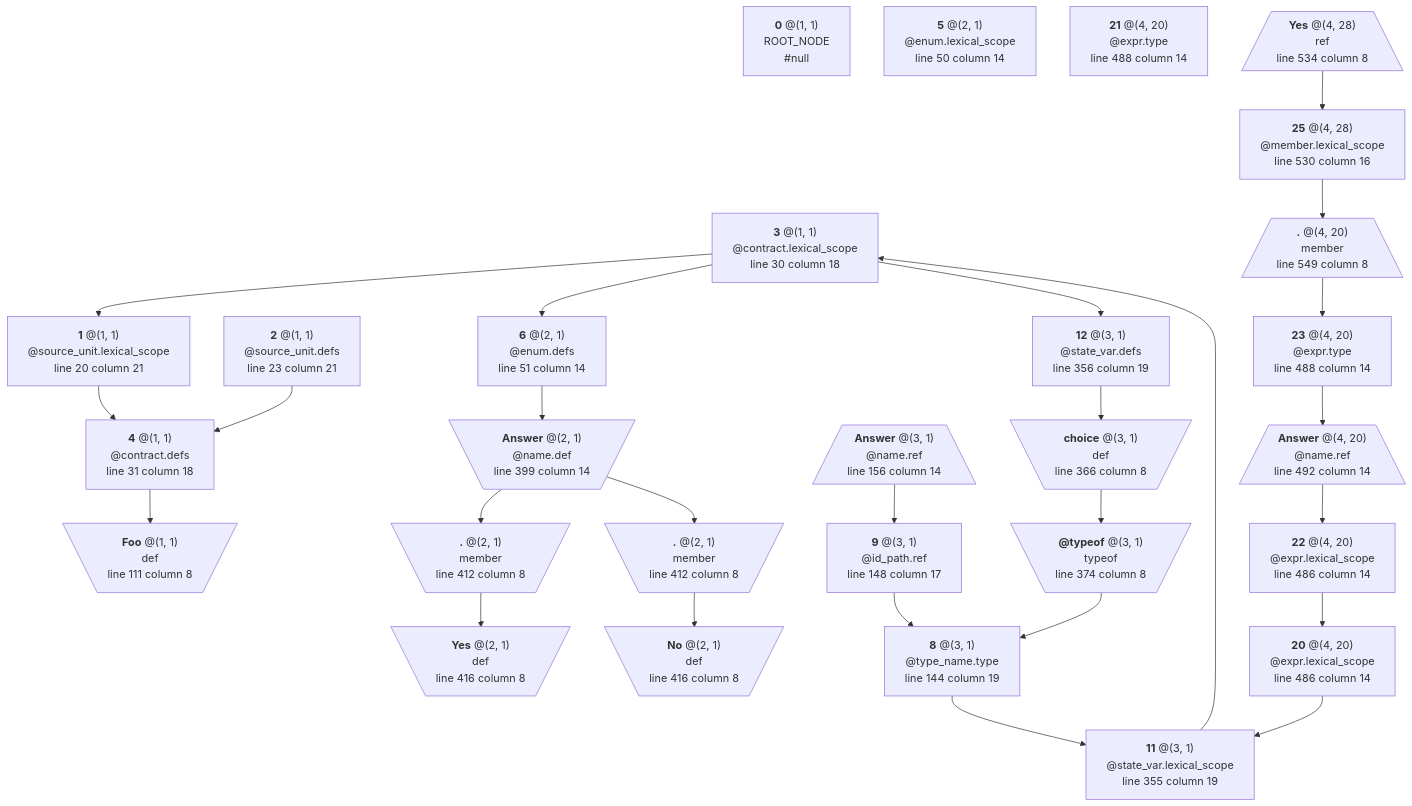
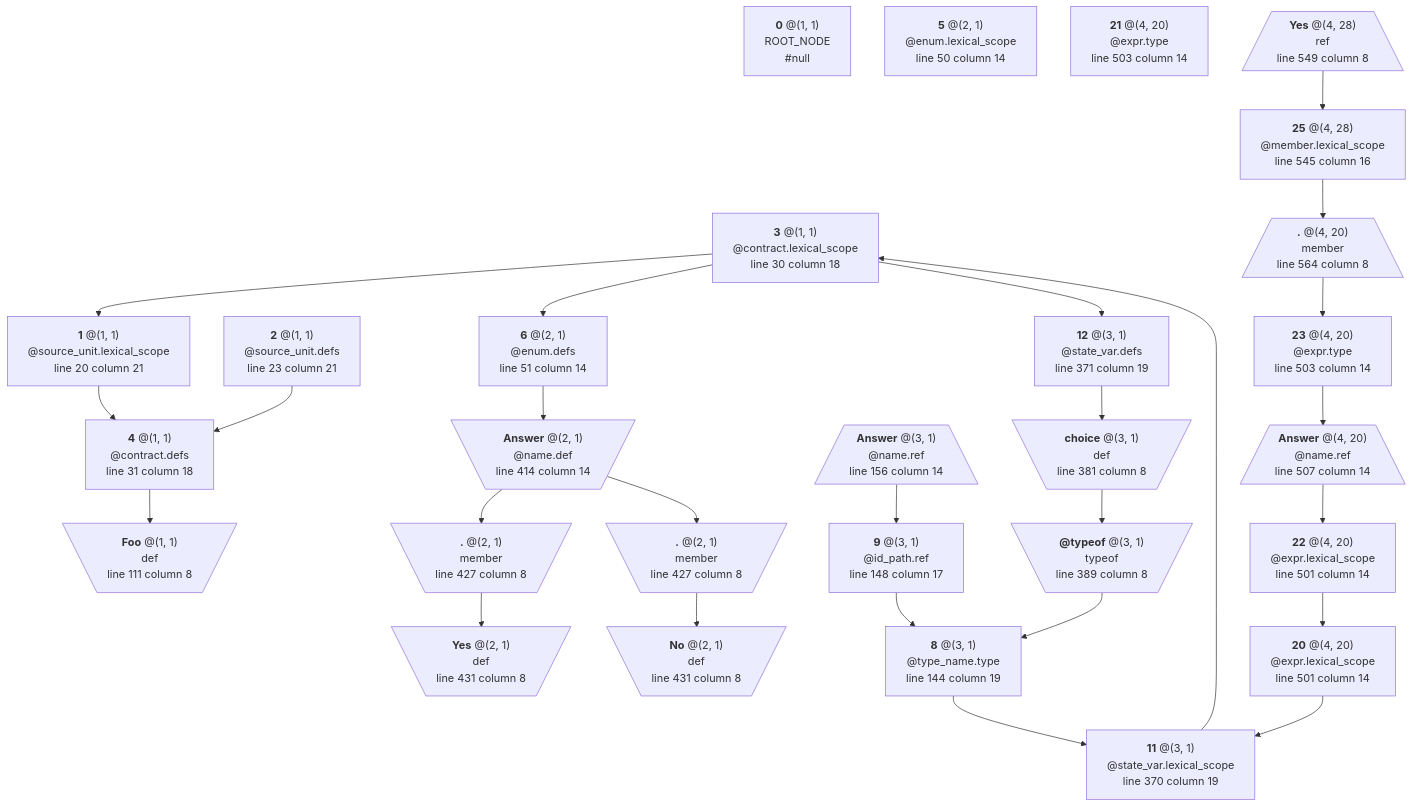
The diagram in crates/solidity/testing/snapshots/bindings_output/enums/generated/in_state_vars.sol-0.4.11.mmd (manastech/slang), drawn with Mermaid before and after one commit. The commit also changed 21 other files, not shown here.

```diff
--- a/crates/solidity/testing/snapshots/bindings_output/enums/generated/in_state_vars.sol-0.4.11.mmd
+++ b/crates/solidity/testing/snapshots/bindings_output/enums/generated/in_state_vars.sol-0.4.11.mmd
@@ -1,110 +1,110 @@
 graph TD
 	N0["`**0** @(1, 1)
 ROOT_NODE
 #null`"]
 	N1["`**1** @(1, 1)
 @source_unit.lexical_scope
 line 20 column 21`"]
 	N1 --> N4
 	N2["`**2** @(1, 1)
 @source_unit.defs
 line 23 column 21`"]
 	N2 --> N4
 	N3["`**3** @(1, 1)
 @contract.lexical_scope
 line 30 column 18`"]
 	N3 --> N1
 	N3 --> N6
 	N3 --> N12
 	N4["`**4** @(1, 1)
 @contract.defs
 line 31 column 18`"]
 	N4 --> N7
 	N5["`**5** @(2, 1)
 @enum.lexical_scope
 line 50 column 14`"]
 	N6["`**6** @(2, 1)
 @enum.defs
 line 51 column 14`"]
 	N6 --> N15
 	N7[\"`**Foo** @(1, 1)
 def
 line 111 column 8`"/]
 	N8["`**8** @(3, 1)
 @type_name.type
 line 144 column 19`"]
 	N8 --> N11
 	N9["`**9** @(3, 1)
 @id_path.ref
 line 148 column 17`"]
 	N9 --> N8
 	N10[/"`**Answer** @(3, 1)
 @name.ref
 line 156 column 14`"\]
 	N10 --> N9
 	N11["`**11** @(3, 1)
 @state_var.lexical_scope
-line 355 column 19`"]
+line 370 column 19`"]
 	N11 --> N3
 	N12["`**12** @(3, 1)
 @state_var.defs
-line 356 column 19`"]
+line 371 column 19`"]
 	N12 --> N13
 	N13[\"`**choice** @(3, 1)
 def
-line 366 column 8`"/]
+line 381 column 8`"/]
 	N13 --> N14
 	N14[\"`**@typeof** @(3, 1)
 typeof
-line 374 column 8`"/]
+line 389 column 8`"/]
 	N14 --> N8
 	N15[\"`**Answer** @(2, 1)
 @name.def
-line 399 column 14`"/]
+line 414 column 14`"/]
 	N15 --> N16
 	N15 --> N18
 	N16[\"`**.** @(2, 1)
 member
-line 412 column 8`"/]
+line 427 column 8`"/]
 	N16 --> N17
 	N17[\"`**Yes** @(2, 1)
 def
-line 416 column 8`"/]
+line 431 column 8`"/]
 	N18[\"`**.** @(2, 1)
 member
-line 412 column 8`"/]
+line 427 column 8`"/]
 	N18 --> N19
 	N19[\"`**No** @(2, 1)
 def
-line 416 column 8`"/]
+line 431 column 8`"/]
 	N20["`**20** @(4, 20)
 @expr.lexical_scope
-line 486 column 14`"]
+line 501 column 14`"]
 	N20 --> N11
 	N21["`**21** @(4, 20)
 @expr.type
-line 488 column 14`"]
+line 503 column 14`"]
 	N22["`**22** @(4, 20)
 @expr.lexical_scope
-line 486 column 14`"]
+line 501 column 14`"]
 	N22 --> N20
 	N23["`**23** @(4, 20)
 @expr.type
-line 488 column 14`"]
+line 503 column 14`"]
 	N23 --> N24
 	N24[/"`**Answer** @(4, 20)
 @name.ref
-line 492 column 14`"\]
+line 507 column 14`"\]
 	N24 --> N22
 	N25["`**25** @(4, 28)
 @member.lexical_scope
-line 530 column 16`"]
+line 545 column 16`"]
 	N25 --> N27
 	N26[/"`**Yes** @(4, 28)
 ref
-line 534 column 8`"\]
+line 549 column 8`"\]
 	N26 --> N25
 	N27[/"`**.** @(4, 20)
 member
-line 549 column 8`"\]
+line 564 column 8`"\]
 	N27 --> N23
```
